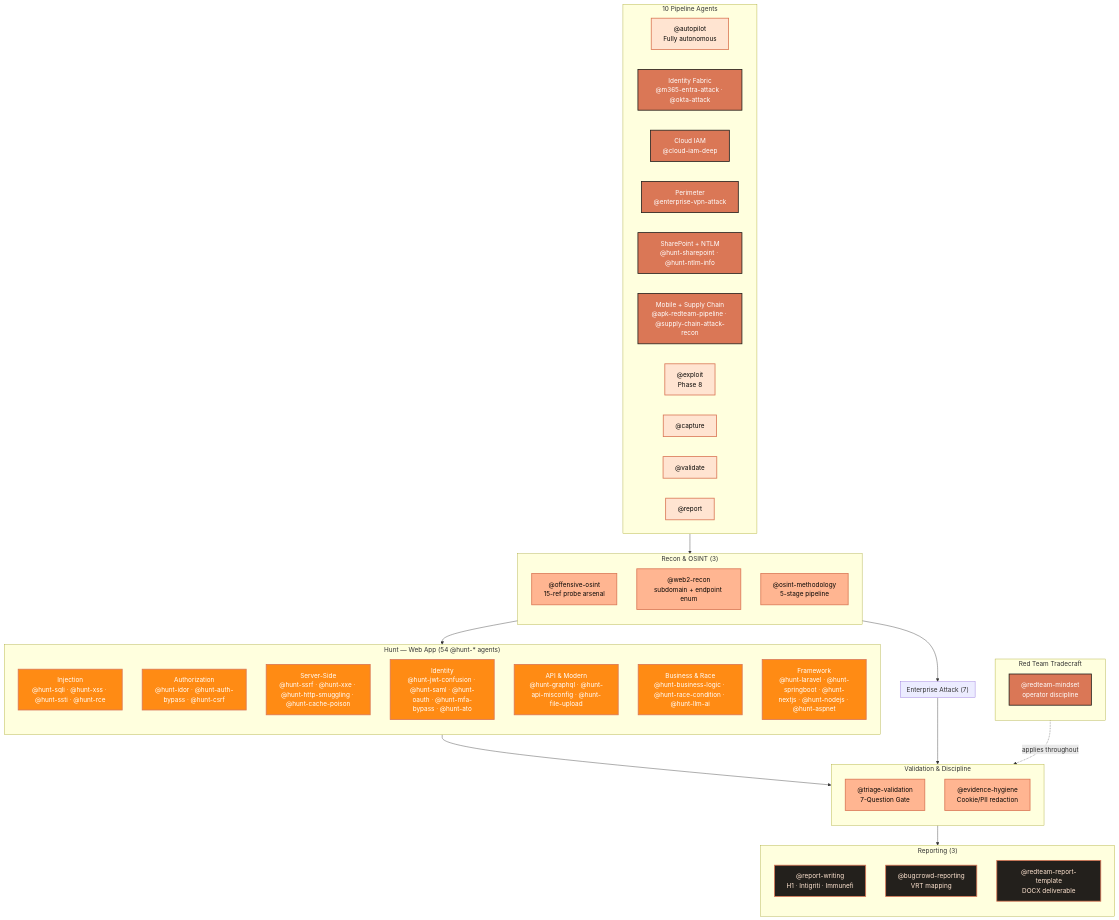
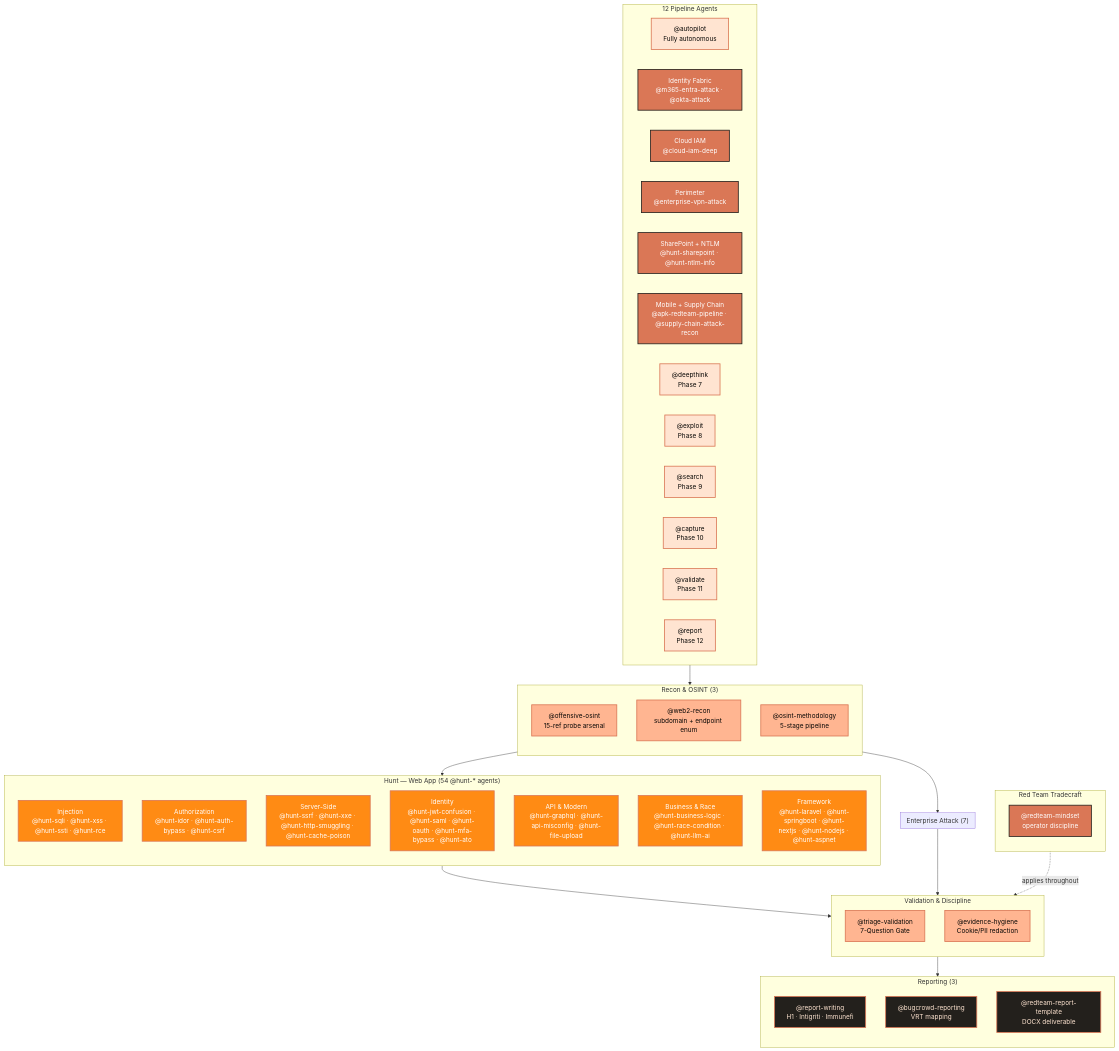
Before and after one commit to manojxshrestha/dristi: the first of 2 diagrams in README.md, drawn with Mermaid. The commit also changed other lines of this file and 20 other files, not shown here.

First line of the commit message:
Align all agents/skills/docs to 12-phase pipeline; remove gum dependency; consolidate subdomain enum

````diff
--- a/README.md
+++ b/README.md
@@ -97,78 +97,80 @@
 ```mermaid
 graph TB
     classDef pipeline fill:#FFE4D1,stroke:#DA7756,stroke-width:2px,color:#080705
     classDef recon fill:#FFB591,stroke:#DA7756,stroke-width:2px,color:#080705
     classDef hunt fill:#FF8B14,stroke:#DA7756,stroke-width:2px,color:#fff
     classDef platform fill:#DA7756,stroke:#23201C,stroke-width:2px,color:#fff
     classDef mobile fill:#E8A87C,stroke:#DA7756,stroke-width:2px,color:#080705
     classDef redteam fill:#DA7756,stroke:#23201C,stroke-width:2px,color:#fff
     classDef validate fill:#FFB591,stroke:#DA7756,stroke-width:2px,color:#080705
     classDef report fill:#23201C,stroke:#DA7756,stroke-width:2px,color:#FFE4D1
 
-    subgraph PIPELINE ["10 Pipeline Agents"]
+    subgraph PIPELINE ["12 Pipeline Agents"]
         direction LR
         P0["@autopilot<br/>Fully autonomous"]:::pipeline
         P1["@consult<br/>Interactive mode"]:::pipeline
-        P2["@scope"]:::pipeline
-        P3["@recon"]:::pipeline
-        P4["@surface"]:::pipeline
-        P5["@hunt"]:::pipeline
-        P5a["@exploit<br/>Phase 8"]:::pipeline
-        P6["@capture"]:::pipeline
-        P7["@validate"]:::pipeline
-        P8["@report"]:::pipeline
+        P2["@scope<br/>Phase 1"]:::pipeline
+        P3["@recon<br/>Phase 4"]:::pipeline
+        P4["@surface<br/>Phase 5"]:::pipeline
+        P5["@hunt<br/>Phase 6"]:::pipeline
+        P5a["@deepthink<br/>Phase 7"]:::pipeline
+        P5b["@exploit<br/>Phase 8"]:::pipeline
+        P5c["@search<br/>Phase 9"]:::pipeline
+        P6["@capture<br/>Phase 10"]:::pipeline
+        P7["@validate<br/>Phase 11"]:::pipeline
+        P8["@report<br/>Phase 12"]:::pipeline
     end
 
     subgraph RECON ["Recon & OSINT (3)"]
         direction TB
         R1["@offensive-osint<br/>15-ref probe arsenal"]:::recon
         R2["@web2-recon<br/>subdomain + endpoint enum"]:::recon
         R3["@osint-methodology<br/>5-stage pipeline"]:::recon
     end
 
     subgraph HUNT ["Hunt — Web App (54 @hunt-* agents)"]
         direction TB
         H1["Injection<br/>@hunt-sqli · @hunt-xss · @hunt-ssti · @hunt-rce"]:::hunt
         H2["Authorization<br/>@hunt-idor · @hunt-auth-bypass · @hunt-csrf"]:::hunt
         H3["Server-Side<br/>@hunt-ssrf · @hunt-xxe · @hunt-http-smuggling · @hunt-cache-poison"]:::hunt
         H4["Identity<br/>@hunt-jwt-confusion · @hunt-saml · @hunt-oauth · @hunt-mfa-bypass · @hunt-ato"]:::hunt
         H5["API & Modern<br/>@hunt-graphql · @hunt-api-misconfig · @hunt-file-upload"]:::hunt
         H6["Business & Race<br/>@hunt-business-logic · @hunt-race-condition · @hunt-llm-ai"]:::hunt
         H7["Framework<br/>@hunt-laravel · @hunt-springboot · @hunt-nextjs · @hunt-nodejs · @hunt-aspnet"]:::hunt
     end
 
     subgraph PLATFORM ["Enterprise Attack (7)"]
         direction TB
         P1["Identity Fabric<br/>@m365-entra-attack · @okta-attack"]:::platform
         P2["Cloud IAM<br/>@cloud-iam-deep"]:::platform
         P3["Perimeter<br/>@enterprise-vpn-attack"]:::platform
         P4["SharePoint + NTLM<br/>@hunt-sharepoint · @hunt-ntlm-info"]:::platform
         P5["Mobile + Supply Chain<br/>@apk-redteam-pipeline · @supply-chain-attack-recon"]:::platform
     end
 
     subgraph REDTEAM ["Red Team Tradecraft"]
         direction TB
         RT1["@redteam-mindset<br/>operator discipline"]:::redteam
     end
 
     subgraph VALIDATE ["Validation & Discipline"]
         direction TB
         V1["@triage-validation<br/>7-Question Gate"]:::validate
         V2["@evidence-hygiene<br/>Cookie/PII redaction"]:::validate
     end
 
     subgraph REPORT ["Reporting (3)"]
         direction TB
         E1["@report-writing<br/>H1 · Intigriti · Immunefi"]:::report
         E2["@bugcrowd-reporting<br/>VRT mapping"]:::report
         E3["@redteam-report-template<br/>DOCX deliverable"]:::report
     end
 
     PIPELINE --> RECON
     RECON --> HUNT
     RECON --> PLATFORM
     HUNT --> VALIDATE
     PLATFORM --> VALIDATE
     REDTEAM -.applies throughout.-> VALIDATE
     VALIDATE --> REPORT
 ```
````
